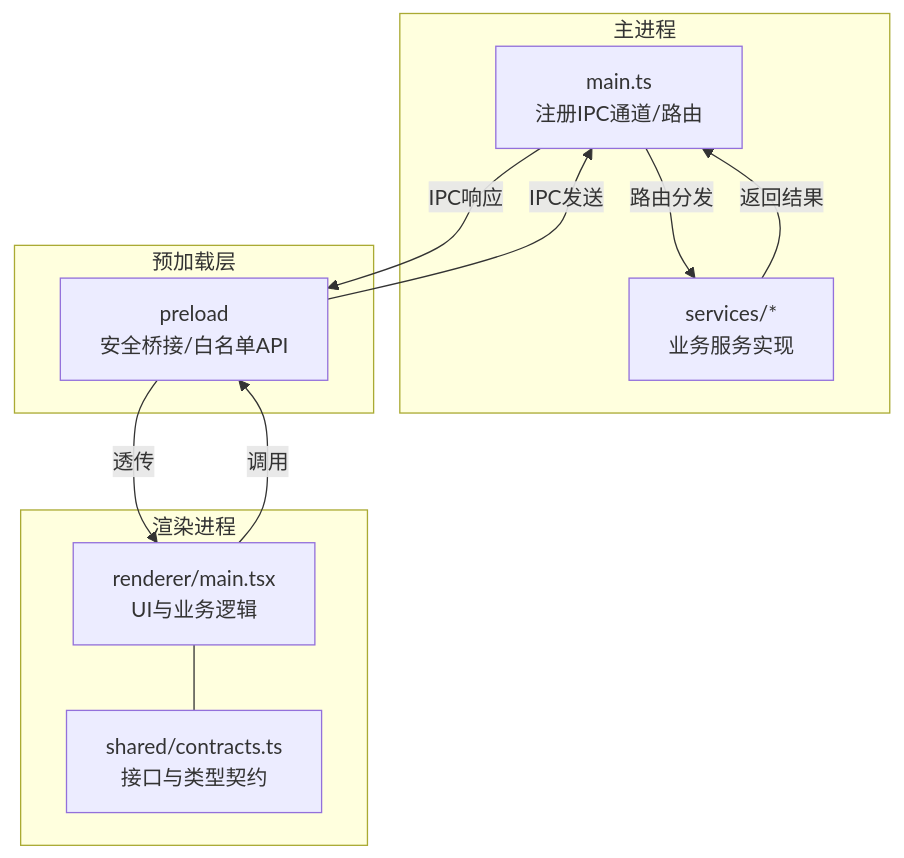
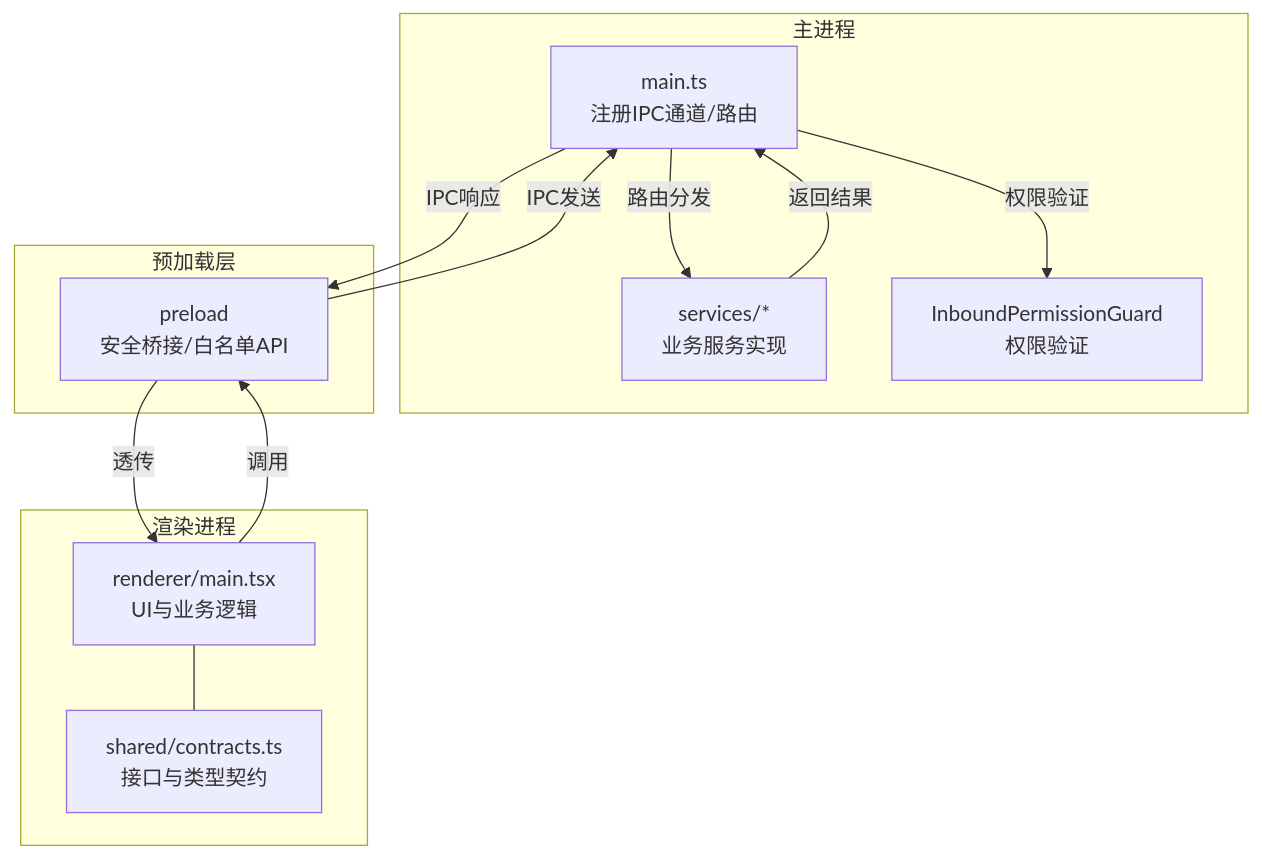
The first of 8 diagrams in .qoder/repowiki/zh/content/系统架构/IPC通信机制.md (iljahofbauer219-lang/yandu), drawn with Mermaid before and after one commit. The commit also changed other lines of this file and 153 other files, not shown here.

````diff
--- a/.qoder/repowiki/zh/content/系统架构/IPC通信机制.md
+++ b/.qoder/repowiki/zh/content/系统架构/IPC通信机制.md
@@ -33,21 +40,23 @@
 ```mermaid
 graph TB
 subgraph "主进程"
 M["main.ts<br/>注册IPC通道/路由"]
 S["services/*<br/>业务服务实现"]
+P["InboundPermissionGuard<br/>权限验证"]
 end
 subgraph "预加载层"
-P["preload<br/>安全桥接/白名单API"]
+PR["preload<br/>安全桥接/白名单API"]
 end
 subgraph "渲染进程"
 R["renderer/main.tsx<br/>UI与业务逻辑"]
 SH["shared/contracts.ts<br/>接口与类型契约"]
 end
-R --> |调用| P
-P --> |IPC发送| M
+R --> |调用| PR
+PR --> |IPC发送| M
 M --> |路由分发| S
+M --> |权限验证| P
 S --> |返回结果| M
-M --> |IPC响应| P
-P --> |透传| R
+M --> |IPC响应| PR
+PR --> |透传| R
 R --- SH
 ```
````
